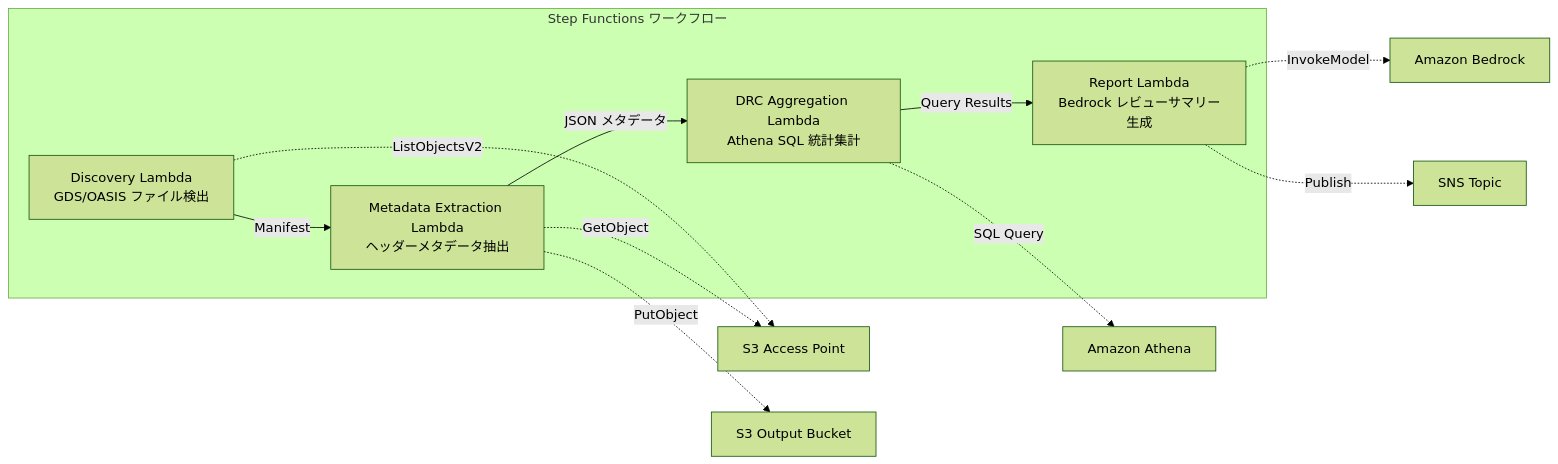
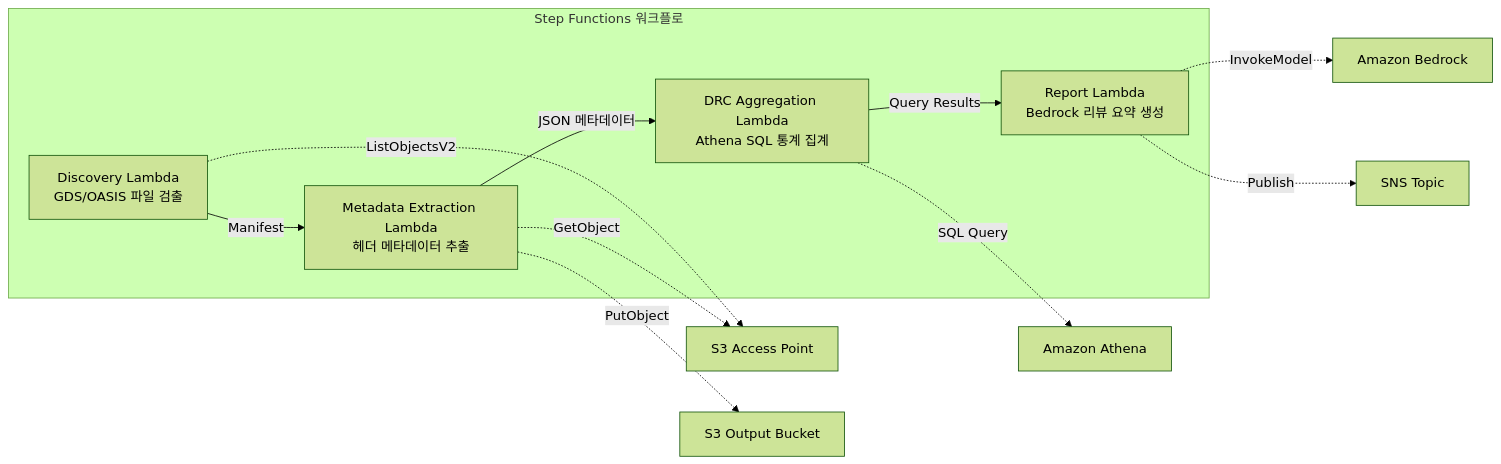
One commit to Yoshiki0705/FSx-for-ONTAP-S3AccessPoints-Serverless-Patterns changed the first of 2 diagrams in solutions/industry/semiconductor-eda/README.ko.md. Above: the diagram before and after it, drawn with Mermaid (forest theme). The commit also changed other lines of this file and 20 other files, not shown here.

````diff
--- a/solutions/industry/semiconductor-eda/README.ko.md
+++ b/solutions/industry/semiconductor-eda/README.ko.md
@@ -63,20 +55,20 @@
 ```mermaid
 graph LR
-    subgraph "Step Functions ワークフロー"
-        D[Discovery Lambda<br/>GDS/OASIS ファイル検出]
-        ME[Metadata Extraction Lambda<br/>ヘッダーメタデータ抽出]
-        DRC[DRC Aggregation Lambda<br/>Athena SQL 統計集計]
-        RPT[Report Lambda<br/>Bedrock レビューサマリー生成]
+    subgraph "Step Functions 워크플로"
+        D[Discovery Lambda<br/>GDS/OASIS 파일 검출]
+        ME[Metadata Extraction Lambda<br/>헤더 메타데이터 추출]
+        DRC[DRC Aggregation Lambda<br/>Athena SQL 통계 집계]
+        RPT[Report Lambda<br/>Bedrock 리뷰 요약 생성]
     end
 
     D -->|Manifest| ME
-    ME -->|JSON メタデータ| DRC
+    ME -->|JSON 메타데이터| DRC
     DRC -->|Query Results| RPT
 
     D -.->|ListObjectsV2| S3AP[S3 Access Point]
     ME -.->|GetObject| S3AP
     ME -.->|PutObject| S3OUT[S3 Output Bucket]
     DRC -.->|SQL Query| Athena[Amazon Athena]
     RPT -.->|InvokeModel| Bedrock[Amazon Bedrock]
     RPT -.->|Publish| SNS[SNS Topic]
 ```
````
